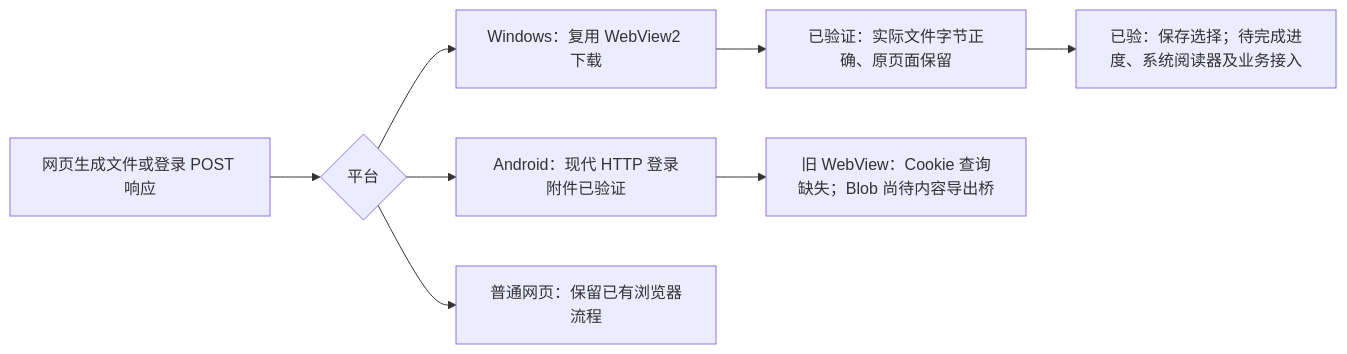
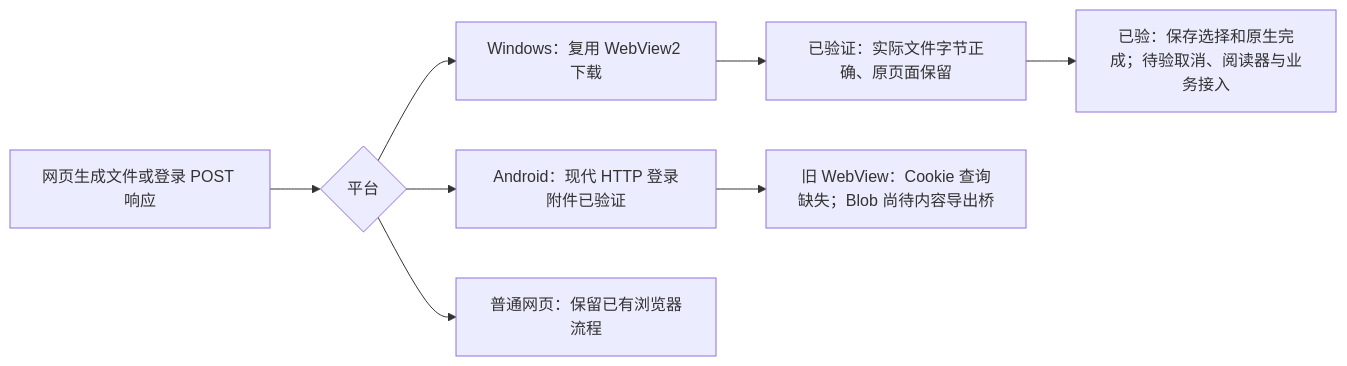
Before and after one commit to XYL333FYQ/TongMuTVPlus: the second of 6 diagrams in docs/design/CLIENT-EXPERIENCE-VERIFIED.md, drawn with Mermaid. The commit also changed other lines of this file and 2 other files, not shown here.

````diff
--- a/docs/design/CLIENT-EXPERIENCE-VERIFIED.md
+++ b/docs/design/CLIENT-EXPERIENCE-VERIFIED.md
@@ -24,10 +27,10 @@
 ```mermaid
 flowchart LR
     F[网页生成文件或登录 POST 响应] --> P{平台}
     P --> W[Windows：复用 WebView2 下载]
     W --> W1[已验证：实际文件字节正确、原页面保留]
-    W1 --> W2[已验：保存选择；待完成进度、系统阅读器及业务接入]
+    W1 --> W2[已验：保存选择和原生完成；待验取消、阅读器与业务接入]
     P --> A[Android：现代 HTTP 登录附件已验证]
     A --> A1[旧 WebView：Cookie 查询缺失；Blob 尚待内容导出桥]
     P --> B[普通网页：保留已有浏览器流程]
 ```
````
